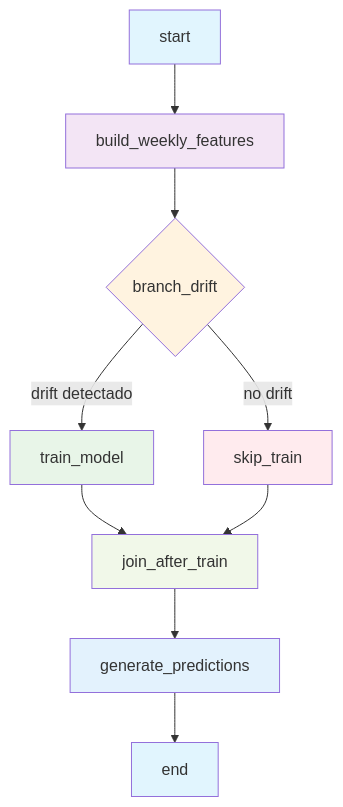
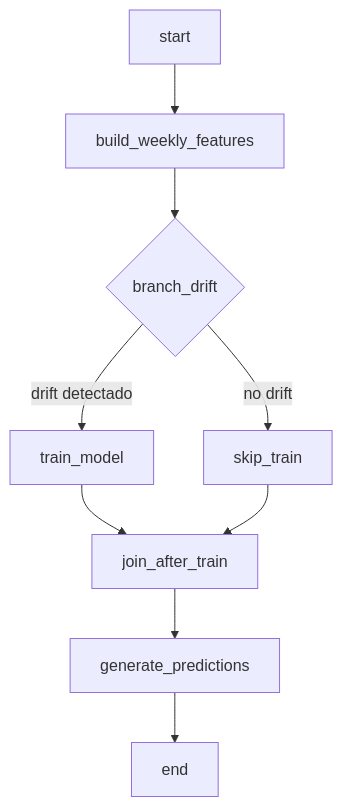
Before and after one commit to lauraflm/MDS7202-Laboratorio-de-Programacion-Cientifica-para-Ciencia-de-Datos: the diagram in entrega_2/airflow/README.md, drawn with Mermaid. The commit also changed other lines of this file, not shown here.

````diff
--- a/entrega_2/airflow/README.md
+++ b/entrega_2/airflow/README.md
@@ -149,23 +98,14 @@
 ```mermaid
 flowchart TD
     A[start] --> B[build_weekly_features]
     
     B --> C{branch_drift}
     
     C -->|drift detectado| D[train_model]
     C -->|no drift| E[skip_train]
     
     D --> F[join_after_train]
     E --> F[join_after_train]
     
     F --> G[generate_predictions] --> H[end]
-    
-    style A fill:#e1f5fe
-    style H fill:#e1f5fe
-    style B fill:#f3e5f5
-    style C fill:#fff3e0
-    style D fill:#e8f5e8
-    style E fill:#ffebee
-    style F fill:#f1f8e9
-    style G fill:#e3f2fd
 ```
````
